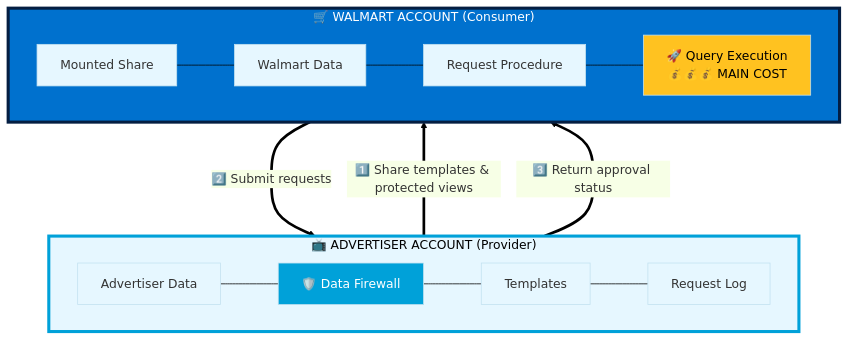
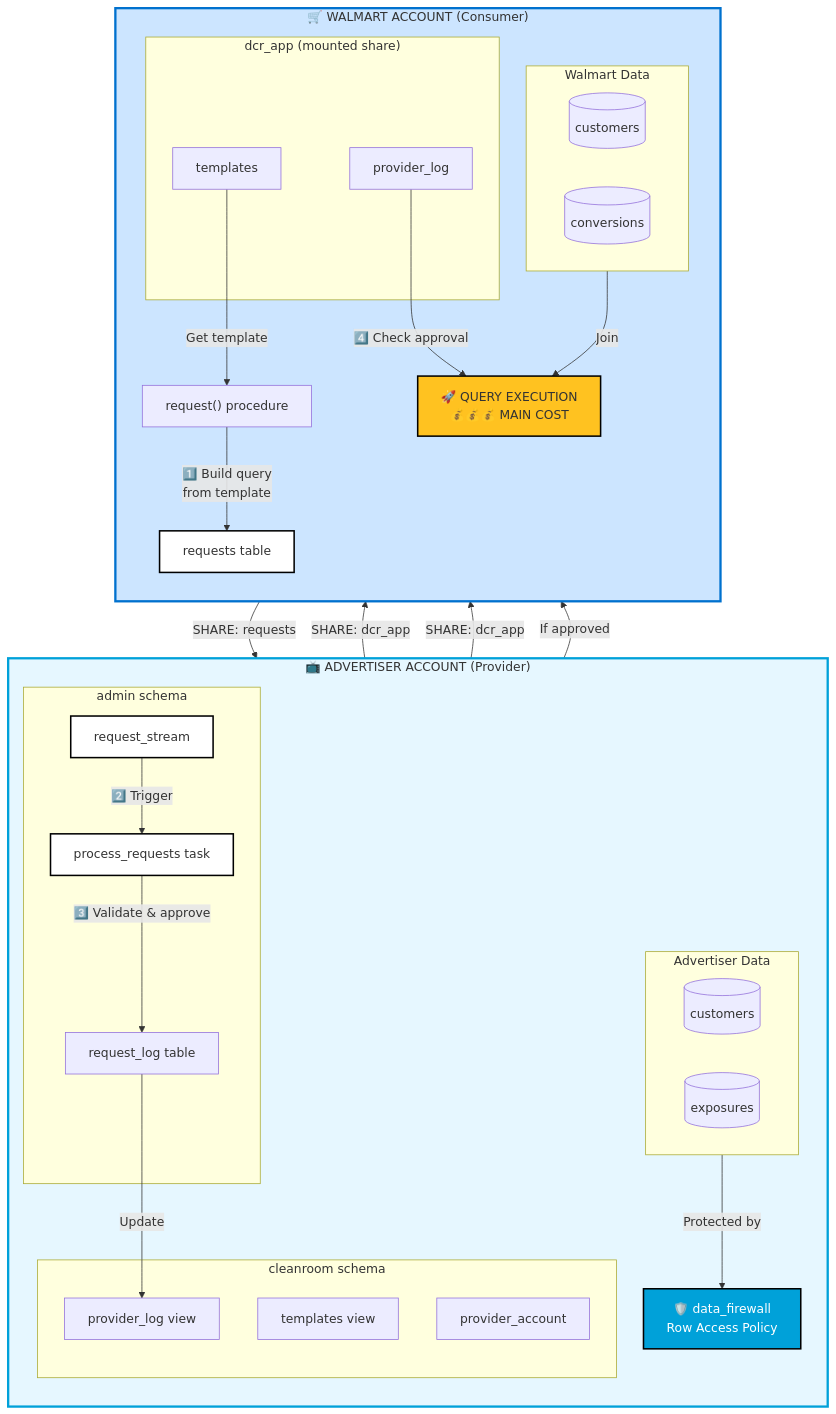
The first of 4 diagrams in DCR_Flow_and_Cost_Guide_WMT.md (sfc-gh-vshiv/sfquickstart-data-clean-room), drawn with Mermaid before and after one commit. The commit also changed 1 other file, not shown here.

Commit message:
Refactor DCR Flow and Cost Guide Mermaid diagrams to improve layout and clarity, adding detailed subgraphs for advertiser and Walmart accounts, and enhancing visual styles for better representation of data flows and interactions.

````diff
--- a/DCR_Flow_and_Cost_Guide_WMT.md
+++ b/DCR_Flow_and_Cost_Guide_WMT.md
@@ -20,21 +20,62 @@
 ```mermaid
-%%{init: {'theme': 'base', 'themeVariables': {'lineColor': '#000000', 'primaryColor': '#e6f7ff'}}}%%
 flowchart TB
     subgraph ADVERTISER["📺 ADVERTISER ACCOUNT (Provider)"]
-        A1["Advertiser Data"] --- A2["🛡️ Data Firewall"] --- A3["Templates"] --- A4["Request Log"]
+        direction TB
+        subgraph ADV_DATA["Advertiser Data"]
+            AD1[("customers")]
+            AD2[("exposures")]
+        end
+        subgraph ADV_CLEAN["cleanroom schema"]
+            AT["templates view"]
+            APL["provider_log view"]
+            APA["provider_account"]
+        end
+        subgraph ADV_ADMIN["admin schema"]
+            ARL["request_log table"]
+            ARS["request_stream"]
+            APR["process_requests task"]
+        end
+        ADF["🛡️ data_firewall<br/>Row Access Policy"]
     end
     
-    ADVERTISER ===>|"1️⃣ Share templates & protected views"| WALMART
-    
     subgraph WALMART["🛒 WALMART ACCOUNT (Consumer)"]
-        W1["Mounted Share"] --- W2["Walmart Data"] --- W3["Request Procedure"] --- W4["🚀 Query Execution<br/>💰💰💰 MAIN COST"]
+        direction TB
+        subgraph WMT_DATA["Walmart Data"]
+            WD1[("customers")]
+            WD2[("conversions")]
+        end
+        subgraph WMT_APP["dcr_app (mounted share)"]
+            WT["templates"]
+            WPL["provider_log"]
+        end
+        WRQ["requests table"]
+        WRP["request() procedure"]
+        WQE["🚀 QUERY EXECUTION<br/>💰💰💰 MAIN COST"]
     end
     
-    WALMART ===>|"2️⃣ Submit requests"| ADVERTISER
-    ADVERTISER ===>|"3️⃣ Return approval status"| WALMART
+    %% Share flow: Advertiser to Walmart
+    AT -->|"SHARE: dcr_app"| WT
+    APL -->|"SHARE: dcr_app"| WPL
     
-    style ADVERTISER fill:#e6f7ff,stroke:#00A1D9,stroke-width:4px
-    style WALMART fill:#0071ce,stroke:#041e42,stroke-width:4px,color:#fff
-    style A2 fill:#00A1D9,color:#fff
-    style W4 fill:#ffc220,color:#000
+    %% Request flow: Walmart to Advertiser  
+    WRP -->|"1️⃣ Build query<br/>from template"| WRQ
+    WRQ -->|"SHARE: requests"| ARS
+    ARS -->|"2️⃣ Trigger"| APR
+    APR -->|"3️⃣ Validate & approve"| ARL
+    ARL -->|"Update"| APL
+    
+    %% Query execution flow
+    WPL -->|"4️⃣ Check approval"| WQE
+    WT -->|"Get template"| WRP
+    WMT_DATA -->|"Join"| WQE
+    ADV_DATA -->|"Protected by"| ADF
+    ADF -->|"If approved"| WQE
+    
+    style ADVERTISER fill:#e6f7ff,stroke:#00A1D9,stroke-width:3px
+    style WALMART fill:#cce5ff,stroke:#0071ce,stroke-width:3px
+    style WQE fill:#ffc220,stroke:#000,stroke-width:2px
+    style ADF fill:#00A1D9,stroke:#000,stroke-width:2px,color:#fff
+    style WRQ fill:#fff,stroke:#000,stroke-width:2px
+    style ARS fill:#fff,stroke:#000,stroke-width:2px
+    style APR fill:#fff,stroke:#000,stroke-width:2px
 ```
````
